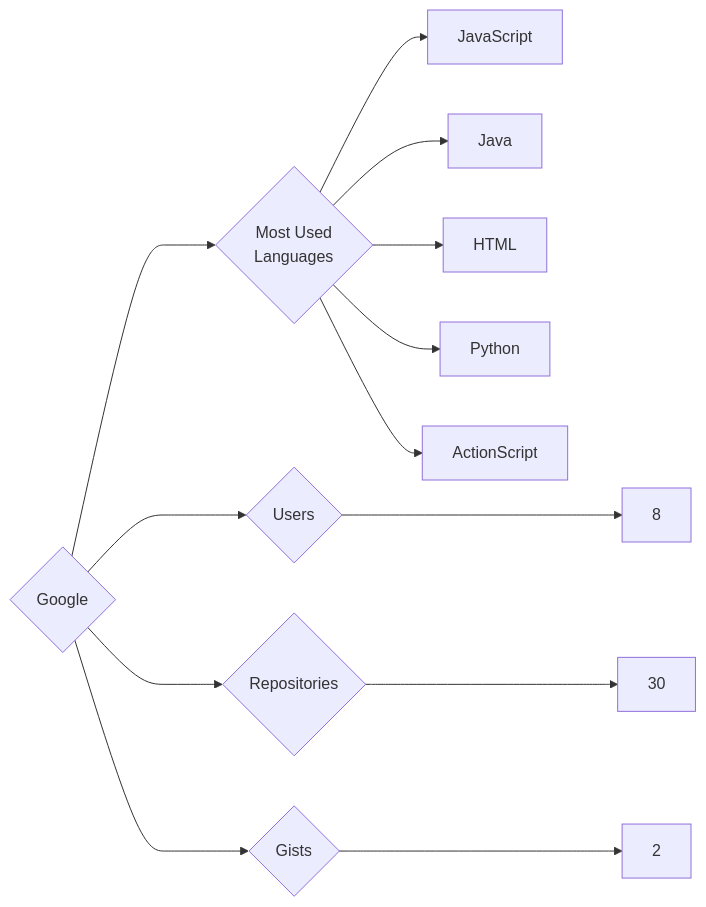
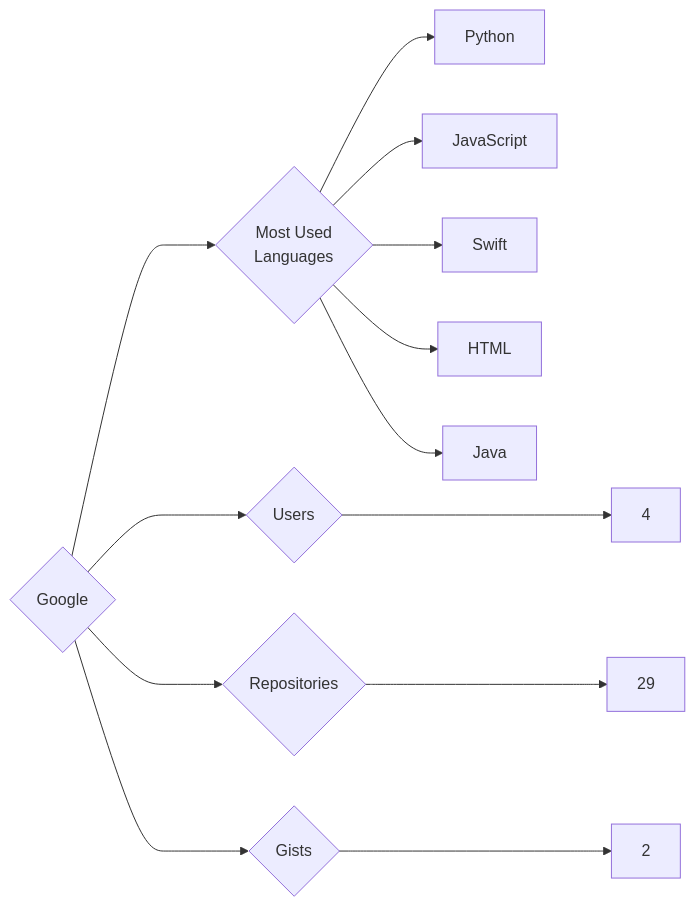
Before and after one commit to trickest/insiders: the diagram in targets/Google/README.md, drawn with Mermaid. The commit also changed 815 other files, not shown here.

````diff
--- a/targets/Google/README.md
+++ b/targets/Google/README.md
@@ -3,13 +3,13 @@
 ```mermaid
 graph LR
 COMPANY_NAME{Google}
-COMPANY_NAME ---> U{Users} ---> UN[8]
-COMPANY_NAME ---> R{Repositories} ---> RN[30]
+COMPANY_NAME ---> U{Users} ---> UN[4]
+COMPANY_NAME ---> R{Repositories} ---> RN[29]
 COMPANY_NAME ---> G{Gists} ---> GN[2]
 COMPANY_NAME ---> ML{Most Used<br>Languages}
+ML --> Python[Python]
 ML --> JavaScript[JavaScript]
+ML --> Swift[Swift]
+ML --> HTML[HTML]
 ML --> Java[Java]
-ML --> HTML[HTML]
-ML --> Python[Python]
-ML --> ActionScript[ActionScript]
 ```
````
